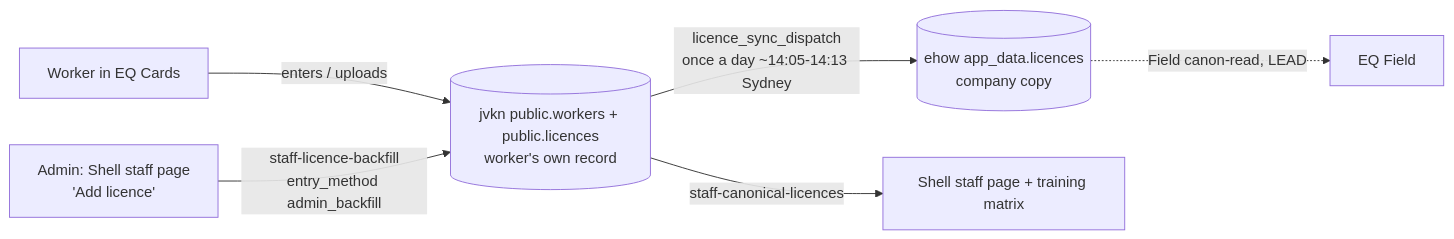
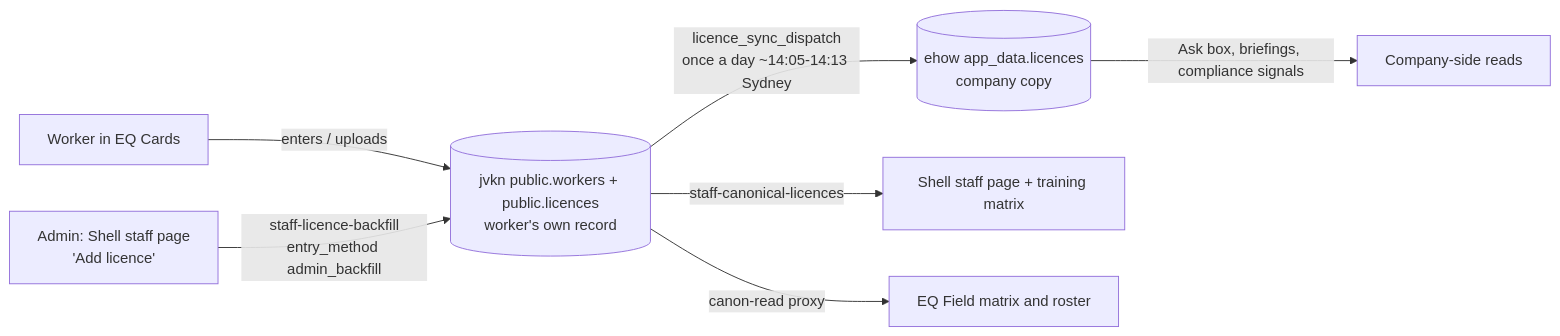
Before and after one commit to eq-solutions/eq-intake: the diagram in docs/worker-record-reconciliation-role-DRAFT.md, drawn with Mermaid. The commit also changed other lines of this file, not shown here.

Commit message:
docs: update draft with Q1/Q3/Q4 answers and read-only jvkn checks (#205)

````diff
--- a/docs/worker-record-reconciliation-role-DRAFT.md
+++ b/docs/worker-record-reconciliation-role-DRAFT.md
@@ -18,8 +18,9 @@
 ```mermaid
 flowchart LR
   W[Worker in EQ Cards] -->|enters / uploads| J[(jvkn public.workers + public.licences<br/>worker's own record)]
   A[Admin: Shell staff page<br/>'Add licence'] -->|staff-licence-backfill<br/>entry_method admin_backfill| J
   J -->|licence_sync_dispatch<br/>once a day ~14:05-14:13 Sydney| E[(ehow app_data.licences<br/>company copy)]
   J -->|staff-canonical-licences| M[Shell staff page + training matrix]
-  E -.->|Field canon-read, LEAD| F[EQ Field]
+  J -->|canon-read proxy| F[EQ Field matrix and roster]
+  E -->|Ask box, briefings, compliance signals| X[Company-side reads]
 ```
````
